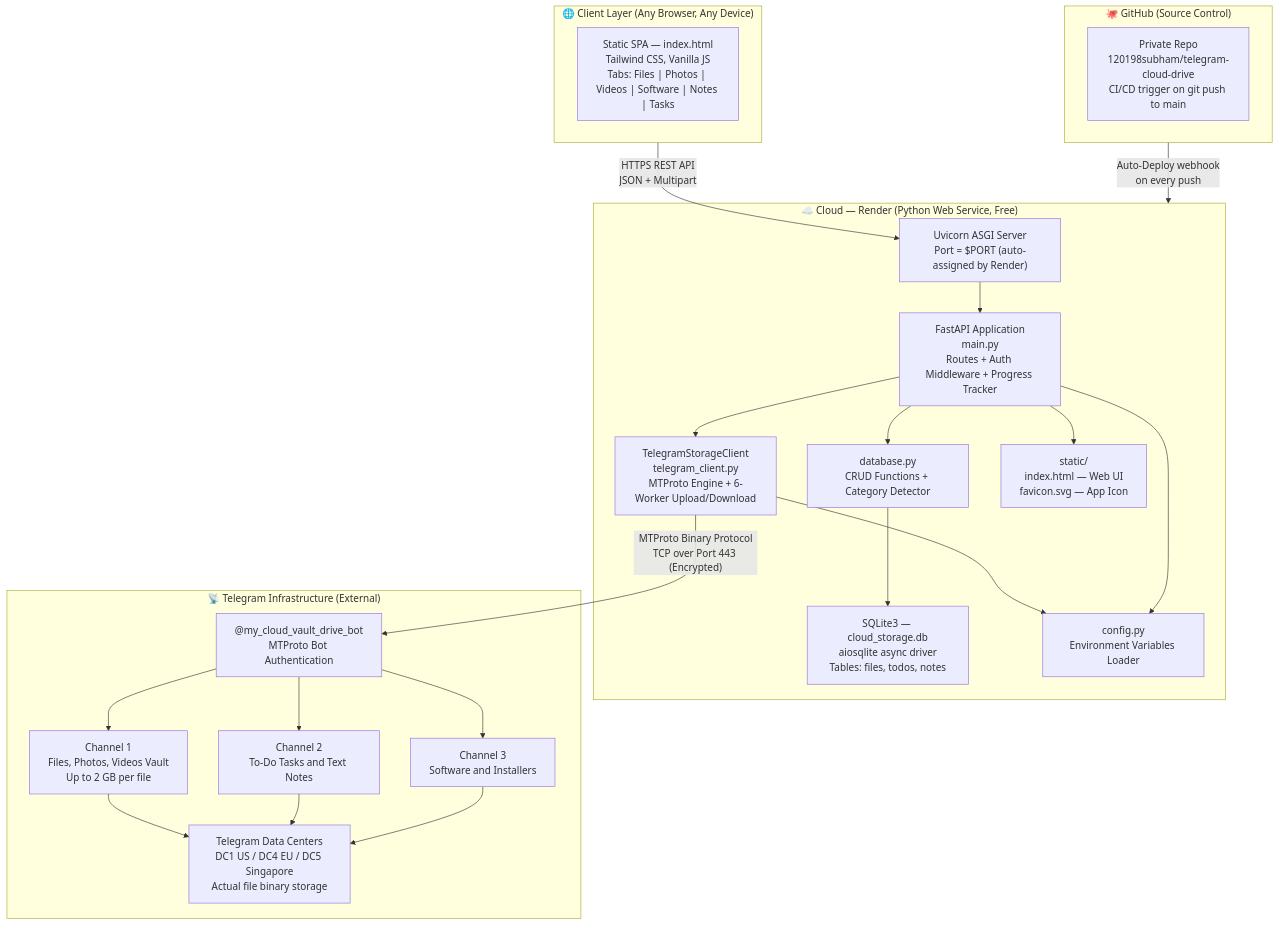
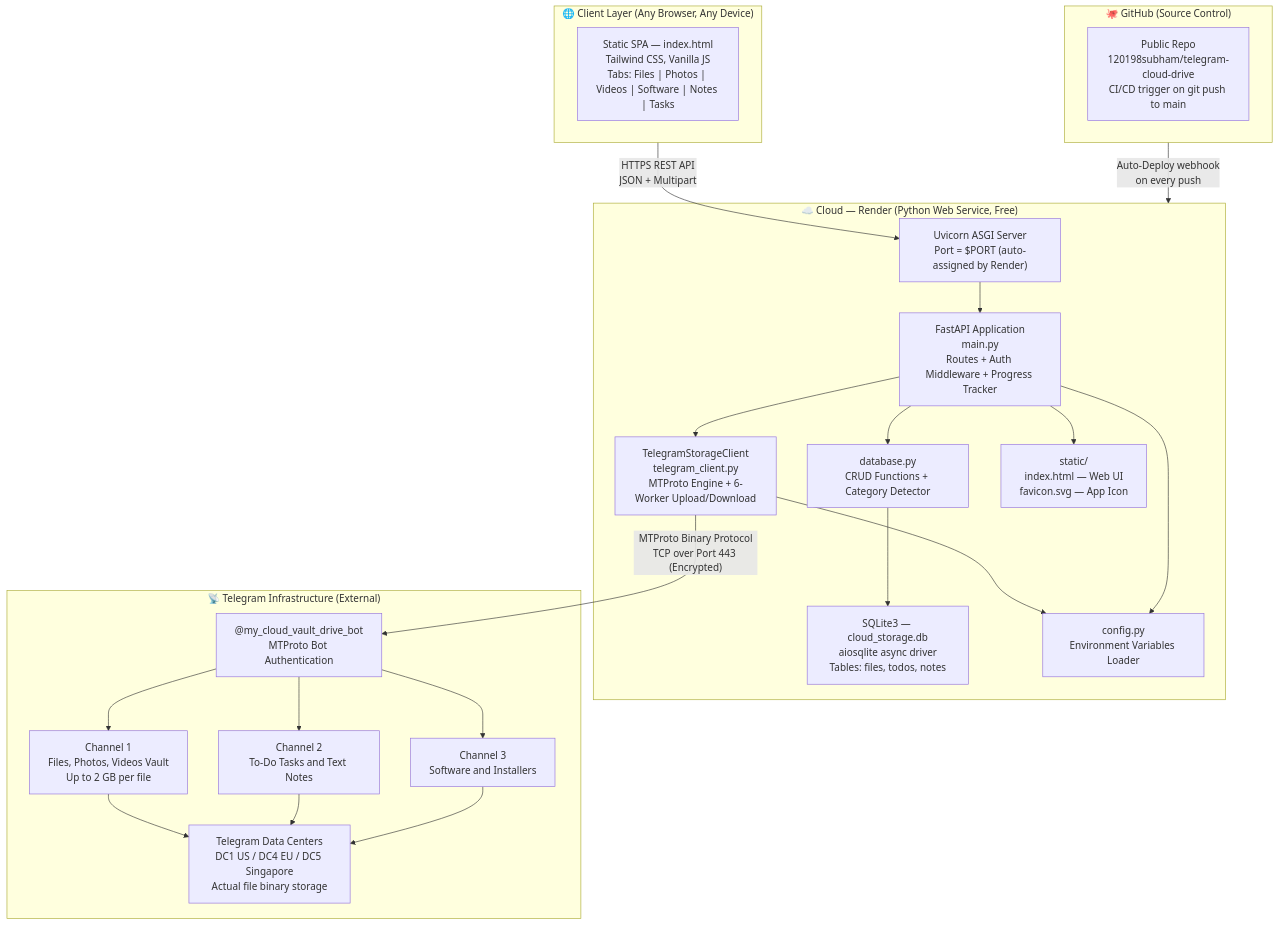
One commit to 120198subham/telegram-cloud-drive changed the first of 4 diagrams in architecture-scanner/2_architecture_diagram.md. Above: the diagram before and after it, drawn with Mermaid.

````diff
--- a/architecture-scanner/2_architecture_diagram.md
+++ b/architecture-scanner/2_architecture_diagram.md
@@ -7,45 +7,45 @@
 ```mermaid
 graph TB
     subgraph CLIENT["🌐 Client Layer (Any Browser, Any Device)"]
         UI["Static SPA — index.html\nTailwind CSS, Vanilla JS\nTabs: Files | Photos | Videos | Software | Notes | Tasks"]
     end
 
     subgraph RENDER["☁️ Cloud — Render (Python Web Service, Free)"]
         UVICORN["Uvicorn ASGI Server\nPort = $PORT (auto-assigned by Render)"]
         FASTAPI["FastAPI Application\nmain.py\nRoutes + Auth Middleware + Progress Tracker"]
         TG_CLIENT["TelegramStorageClient\ntelegram_client.py\nMTProto Engine + 6-Worker Upload/Download"]
         DB["SQLite3 — cloud_storage.db\naiosqlite async driver\nTables: files, todos, notes"]
         CONFIG["config.py\nEnvironment Variables Loader"]
         DATABASE["database.py\nCRUD Functions + Category Detector"]
         STATIC["static/\nindex.html — Web UI\nfavicon.svg — App Icon"]
     end
 
     subgraph TELEGRAM["📡 Telegram Infrastructure (External)"]
         CH1["Channel 1\nFiles, Photos, Videos Vault\nUp to 2 GB per file"]
         CH2["Channel 2\nTo-Do Tasks and Text Notes"]
         CH3["Channel 3\nSoftware and Installers"]
         BOT["@my_cloud_vault_drive_bot\nMTProto Bot Authentication"]
         DC["Telegram Data Centers\nDC1 US / DC4 EU / DC5 Singapore\nActual file binary storage"]
     end
 
     subgraph GITHUB["🐙 GitHub (Source Control)"]
-        REPO["Private Repo\n120198subham/telegram-cloud-drive\nCI/CD trigger on git push to main"]
+        REPO["Public Repo\n120198subham/telegram-cloud-drive\nCI/CD trigger on git push to main"]
     end
 
     CLIENT -->|"HTTPS REST API\nJSON + Multipart"| UVICORN
     UVICORN --> FASTAPI
     FASTAPI --> TG_CLIENT
     FASTAPI --> DATABASE
     DATABASE --> DB
     TG_CLIENT --> CONFIG
     FASTAPI --> CONFIG
     FASTAPI --> STATIC
     TG_CLIENT -->|"MTProto Binary Protocol\nTCP over Port 443 (Encrypted)"| BOT
     BOT --> CH1
     BOT --> CH2
     BOT --> CH3
     CH1 --> DC
     CH2 --> DC
     CH3 --> DC
     GITHUB -->|"Auto-Deploy webhook\non every push"| RENDER
 ```
````
